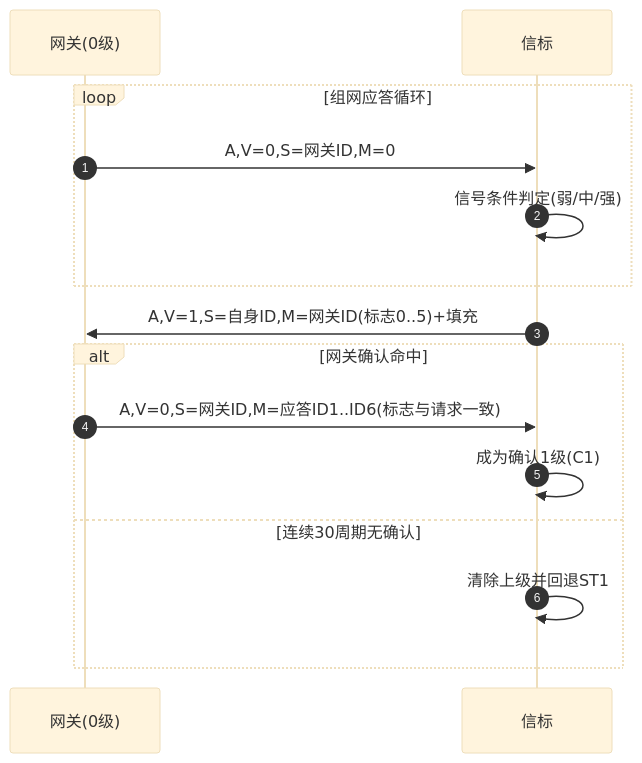
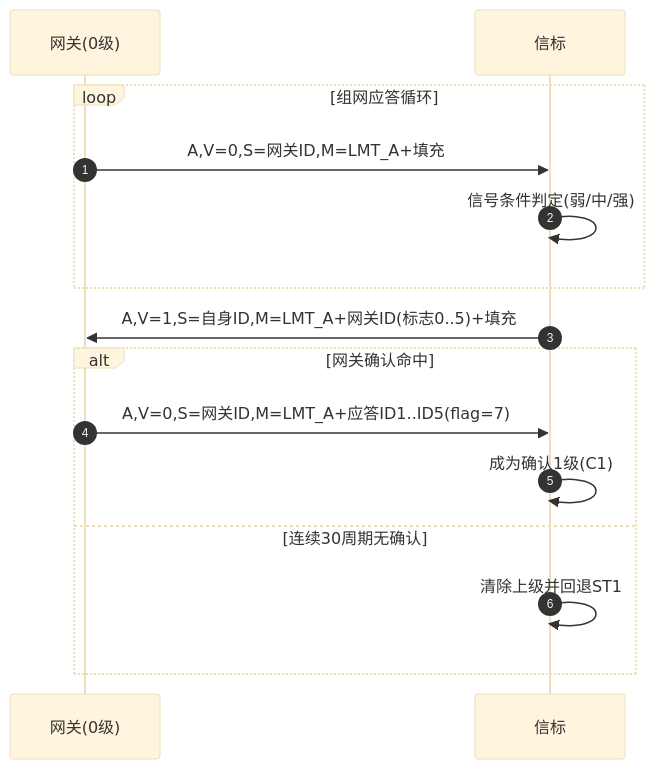
The second of 3 diagrams in 2.4G_RF/docs/设计文档（初稿）.md (Fireflyluo/CH32V208_dome), drawn with Mermaid (base theme) before and after one commit. The commit also changed other lines of this file and 85 other files, not shown here.

````diff
--- a/2.4G_RF/docs/设计文档（初稿）.md
+++ b/2.4G_RF/docs/设计文档（初稿）.md
@@ -428,19 +467,19 @@
 ```mermaid
 sequenceDiagram
     autonumber
     participant GW as 网关(0级)
     participant B as 信标
 
     loop 组网应答循环
-        GW->>B: A,V=0,S=网关ID,M=0
+        GW->>B: A,V=0,S=网关ID,M=LMT_A+填充
         B->>B: 信号条件判定(弱/中/强)
     end
 
-    B->>GW: A,V=1,S=自身ID,M=网关ID(标志0..5)+填充
+    B->>GW: A,V=1,S=自身ID,M=LMT_A+网关ID(标志0..5)+填充
     alt 网关确认命中
-        GW->>B: A,V=0,S=网关ID,M=应答ID1..ID6(标志与请求一致)
+        GW->>B: A,V=0,S=网关ID,M=LMT_A+应答ID1..ID5(flag=7)
         B->>B: 成为确认1级(C1)
     else 连续30周期无确认
         B->>B: 清除上级并回退ST1
     end
 ```
````
